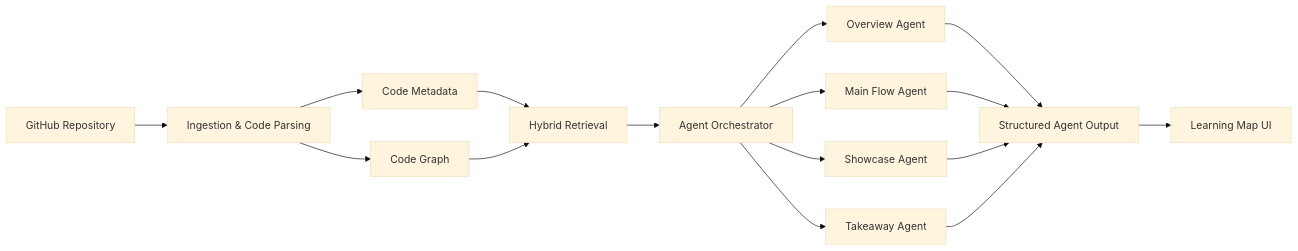
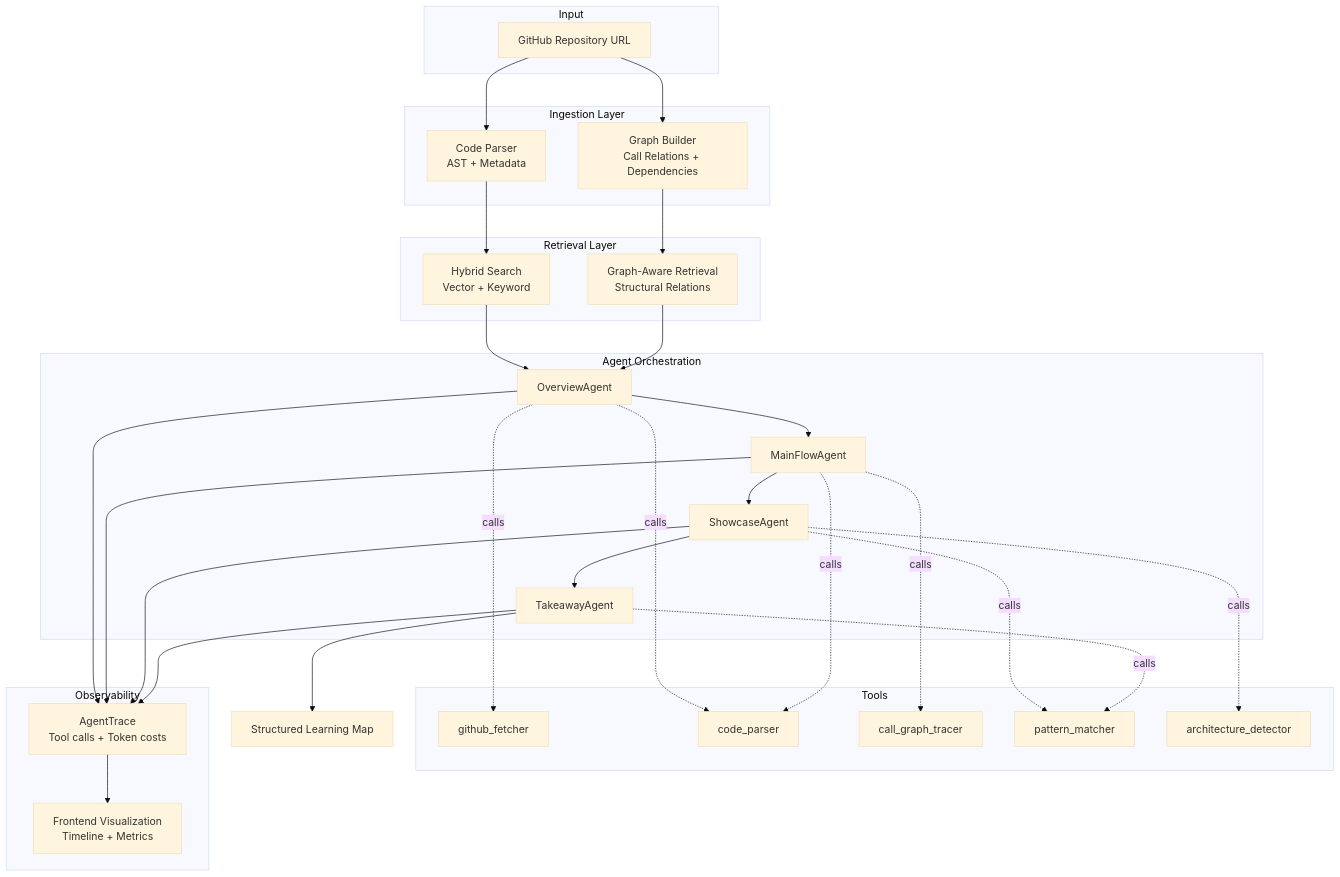
Before and after one commit to liu66-qing/CodeMap: the diagram in README.md, drawn with Mermaid (base theme). The commit also changed other lines of this file and 1 other file, not shown here.

````diff
--- a/README.md
+++ b/README.md
@@ -122,18 +76,62 @@
 ```mermaid
-flowchart LR
-  A["GitHub Repository"] --> B["Ingestion & Code Parsing"]
-  B --> C["Code Metadata"]
-  B --> D["Code Graph"]
-  C --> E["Hybrid Retrieval"]
-  D --> E
-  E --> F["Agent Orchestrator"]
-  F --> G["Overview Agent"]
-  F --> H["Main Flow Agent"]
-  F --> I["Showcase Agent"]
-  F --> J["Takeaway Agent"]
-  G --> K["Structured Agent Output"]
-  H --> K
-  I --> K
-  J --> K
-  K --> L["Learning Map UI"]
+flowchart TB
+    subgraph "Input"
+        A[GitHub Repository URL]
+    end
+    
+    subgraph "Ingestion Layer"
+        B[Code Parser<br/>AST + Metadata]
+        C[Graph Builder<br/>Call Relations + Dependencies]
+    end
+    
+    subgraph "Retrieval Layer"
+        D[Hybrid Search<br/>Vector + Keyword]
+        E[Graph-Aware Retrieval<br/>Structural Relations]
+    end
+    
+    subgraph "Agent Orchestration"
+        F[OverviewAgent]
+        G[MainFlowAgent]
+        H[ShowcaseAgent]
+        I[TakeawayAgent]
+    end
+    
+    subgraph "Tools"
+        J[github_fetcher]
+        K[code_parser]
+        L[call_graph_tracer]
+        M[pattern_matcher]
+        N[architecture_detector]
+    end
+    
+    subgraph "Observability"
+        O[AgentTrace<br/>Tool calls + Token costs]
+        P[Frontend Visualization<br/>Timeline + Metrics]
+    end
+    
+    A --> B
+    A --> C
+    B --> D
+    C --> E
+    D --> F
+    E --> F
+    F --> G
+    G --> H
+    H --> I
+    
+    F -.calls.-> J
+    F -.calls.-> K
+    G -.calls.-> L
+    G -.calls.-> K
+    H -.calls.-> M
+    H -.calls.-> N
+    I -.calls.-> M
+    
+    F --> O
+    G --> O
+    H --> O
+    I --> O
+    O --> P
+    
+    I --> Q[Structured Learning Map]
 ```
````
